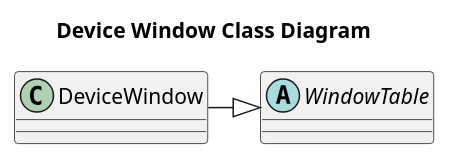
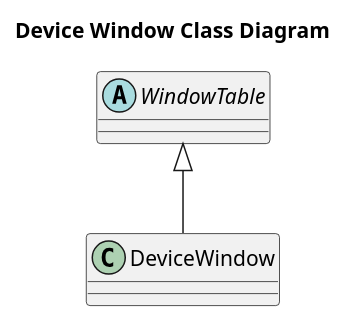
One commit to dgitz/eros changed the diagram in doc/SystemMonitor/Windows/DeviceWindow/DeviceWindowClassDiagram.puml. Above: the diagram before and after it, drawn with PlantUML. The commit also changed 44 other files, not shown here.

```diff
--- a/doc/SystemMonitor/Windows/DeviceWindow/DeviceWindowClassDiagram.puml
+++ b/doc/SystemMonitor/Windows/DeviceWindow/DeviceWindowClassDiagram.puml
@@ -1,10 +1,10 @@
 @startuml
 title "Device Window Class Diagram"
 abstract WindowTable {
     
 }
 class DeviceWindow {
 
 }
-DeviceWindow -|> WindowTable
+WindowTable <|-- DeviceWindow
 @enduml
```
